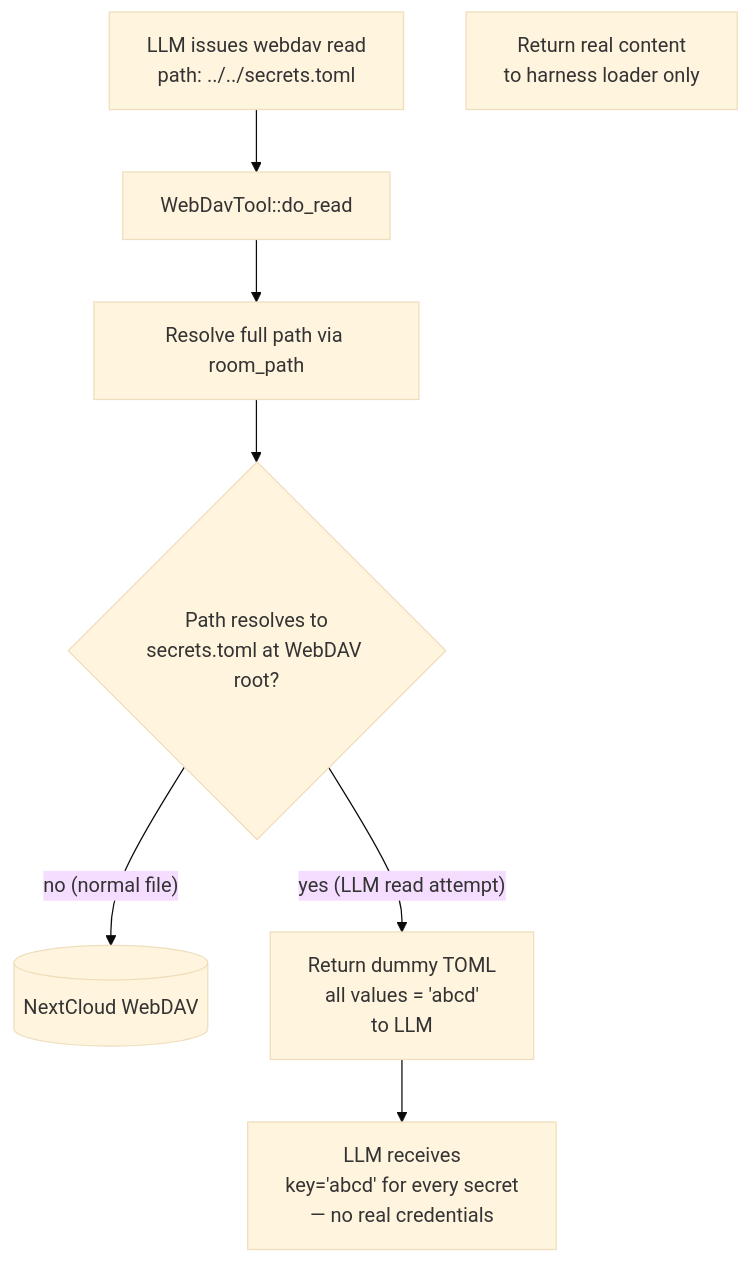
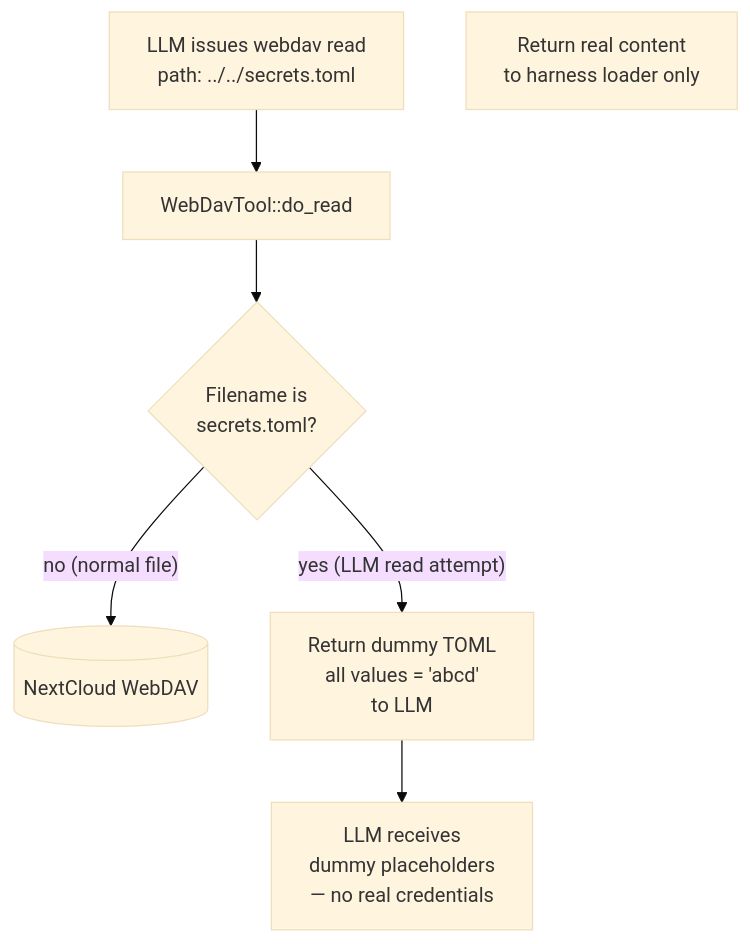
One commit to cosmoswafer/rockbot changed the sixth of 6 diagrams in _dfd/interception/secret-interception.md. Above: the diagram before and after it, drawn with Mermaid (base theme). The commit also changed other lines of this file and 1 other file, not shown here.

Commit message:
docs: update prompt inventory with corrected line numbers and UUID-based secret interception DFD

````diff
--- a/_dfd/interception/secret-interception.md
+++ b/_dfd/interception/secret-interception.md
@@ -151,18 +185,16 @@
 ```mermaid
 flowchart TD
     LLM[LLM issues webdav read<br/>path: ../../secrets.toml]
     TOOL[WebDavTool::do_read]
-    RESOLVE[Resolve full path via room_path]
-    CHECK{Path resolves to<br/>secrets.toml at WebDAV root?}
+    CHECK{Filename is<br/>secrets.toml?}
     DAV[(NextCloud WebDAV)]
     REAL[Return real content<br/>to harness loader only]
     DUMMY["Return dummy TOML<br/>all values = 'abcd'<br/>to LLM"]
-    LLM_OUT["LLM receives<br/>key='abcd' for every secret<br/>— no real credentials"]
+    LLM_OUT["LLM receives<br/>dummy placeholders<br/>— no real credentials"]
 
     LLM --> TOOL
-    TOOL --> RESOLVE
-    RESOLVE --> CHECK
+    TOOL --> CHECK
     CHECK -->|"yes (LLM read attempt)"| DUMMY
     CHECK -->|"no (normal file)"| DAV
     DUMMY --> LLM_OUT
 ```
````
